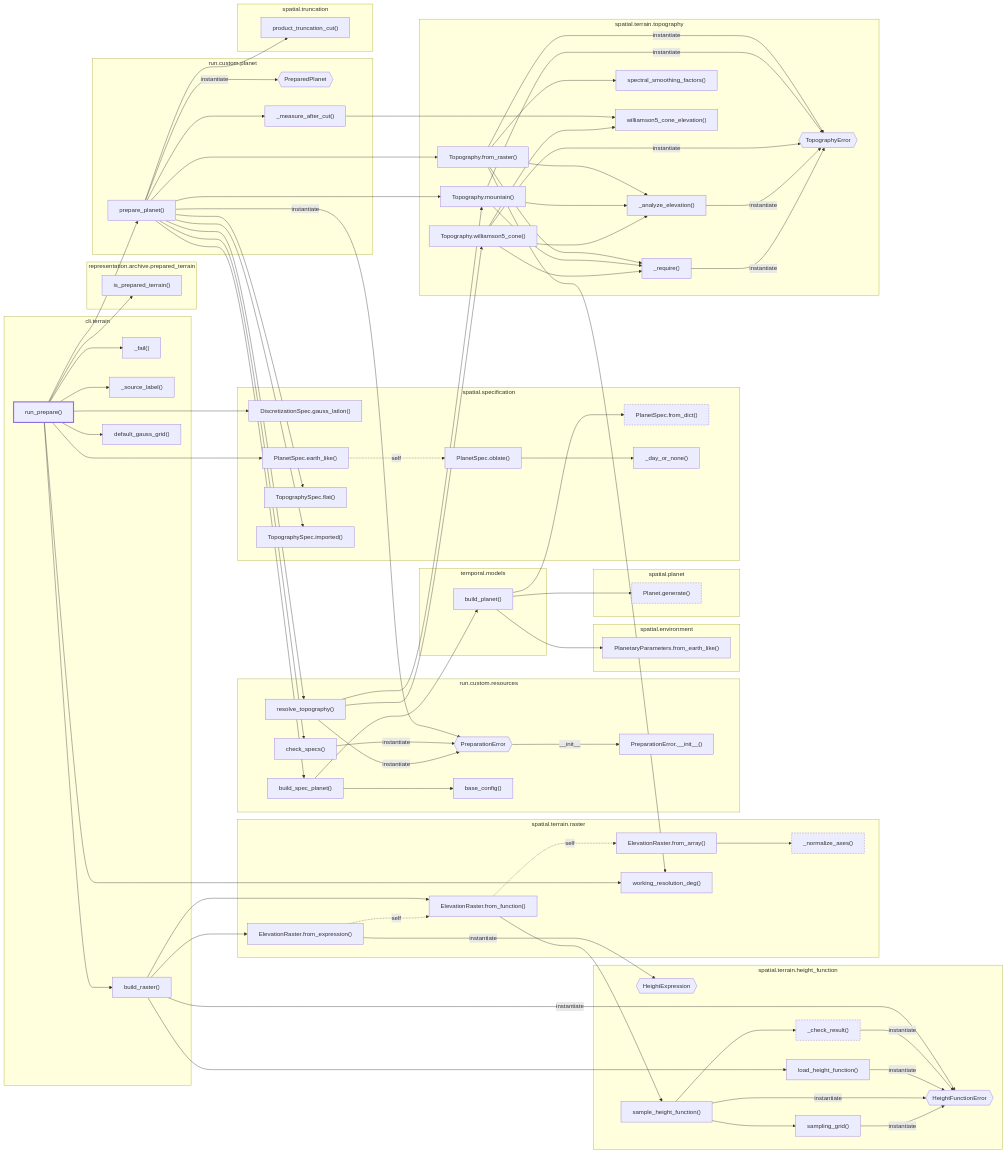
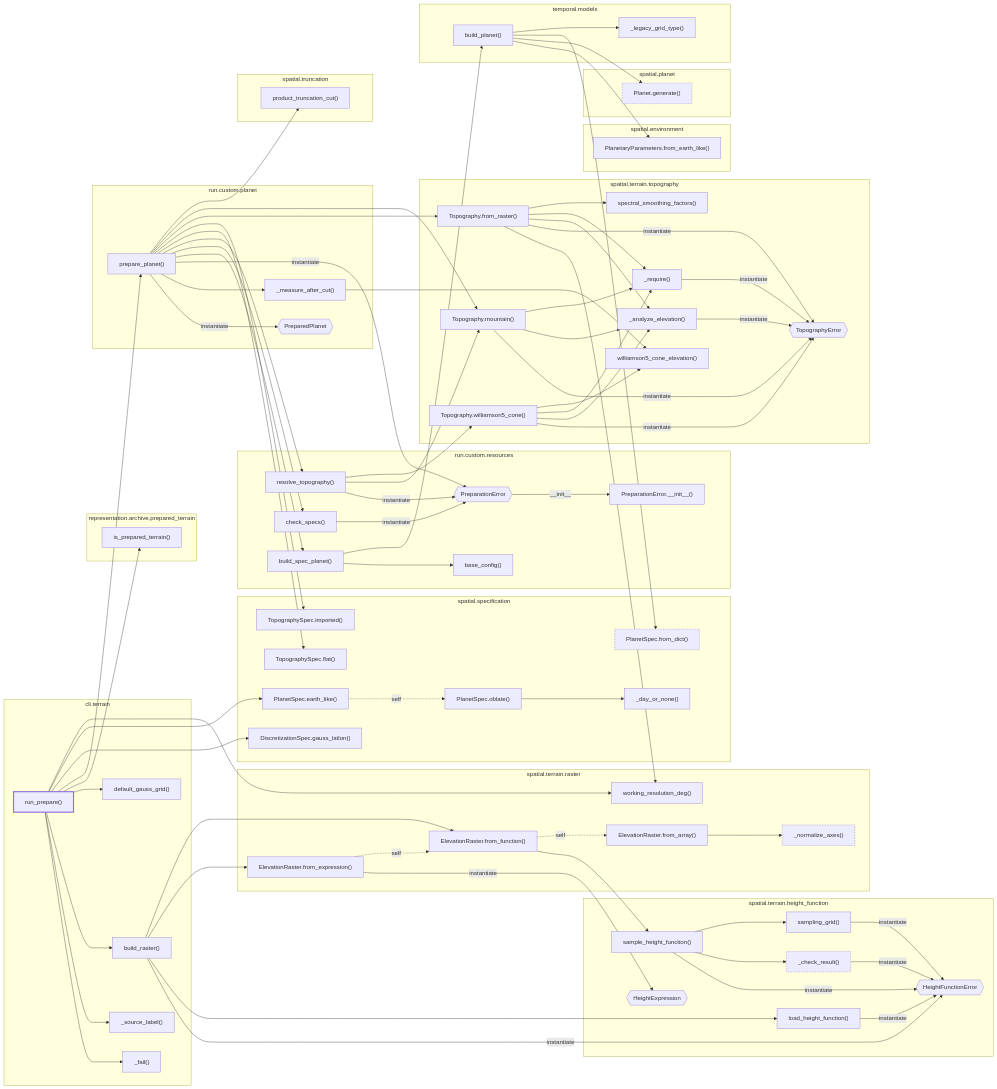
Before and after one commit to AlexandreEros/Palintropos: the diagram in docs/architecture/current/calls/cli-terrain-run-prepare.mmd, drawn with Mermaid. The commit also changed 19 other files, not shown here.

First line of the commit message:
docs(architecture): refresh the snapshot for the lat-lon default

```diff
--- a/docs/architecture/current/calls/cli-terrain-run-prepare.mmd
+++ b/docs/architecture/current/calls/cli-terrain-run-prepare.mmd
@@ -1,141 +1,143 @@
 %% Generated by tools.architecture 2.3.0. Do not edit by hand.
 %% Static call graph from tropoi.cli.terrain.run_prepare, depth <= 4. Solid: call/instantiate/__init__/super. Dashed: self-dispatch and possible overrides. Dashed border: node with further calls beyond the depth cut.
 flowchart LR
     subgraph g_tropoi_ocli_oterrain["cli.terrain"]
         n_tropoi_ocli_oterrain_o__fail["#95;fail()"]
         n_tropoi_ocli_oterrain_o__source__label["#95;source#95;label()"]
         n_tropoi_ocli_oterrain_obuild__raster["build#95;raster()"]
         n_tropoi_ocli_oterrain_odefault__gauss__grid["default#95;gauss#95;grid()"]
         n_tropoi_ocli_oterrain_orun__prepare["run#95;prepare()"]
     end
     subgraph g_tropoi_orepresentation_oarchive_oprepared__terrain["representation.archive.prepared#95;terrain"]
         n_tropoi_orepresentation_oarchive_oprepared__terrain_ois__prepared__terrain["is#95;prepared#95;terrain()"]
     end
     subgraph g_tropoi_orun_ocustom_oplanet["run.custom.planet"]
         n_tropoi_orun_ocustom_oplanet_oPreparedPlanet{{"PreparedPlanet"}}
         n_tropoi_orun_ocustom_oplanet_o__measure__after__cut["#95;measure#95;after#95;cut()"]
         n_tropoi_orun_ocustom_oplanet_oprepare__planet["prepare#95;planet()"]
     end
     subgraph g_tropoi_orun_ocustom_oresources["run.custom.resources"]
         n_tropoi_orun_ocustom_oresources_oPreparationError{{"PreparationError"}}
         n_tropoi_orun_ocustom_oresources_oPreparationError_o____init____["PreparationError.#95;#95;init#95;#95;()"]
         n_tropoi_orun_ocustom_oresources_obase__config["base#95;config()"]
         n_tropoi_orun_ocustom_oresources_obuild__spec__planet["build#95;spec#95;planet()"]
         n_tropoi_orun_ocustom_oresources_ocheck__specs["check#95;specs()"]
         n_tropoi_orun_ocustom_oresources_oresolve__topography["resolve#95;topography()"]
     end
     subgraph g_tropoi_ospatial_oenvironment["spatial.environment"]
         n_tropoi_ospatial_oenvironment_oPlanetaryParameters_ofrom__earth__like["PlanetaryParameters.from#95;earth#95;like()"]
     end
     subgraph g_tropoi_ospatial_oplanet["spatial.planet"]
         n_tropoi_ospatial_oplanet_oPlanet_ogenerate["Planet.generate()"]
     end
     subgraph g_tropoi_ospatial_ospecification["spatial.specification"]
         n_tropoi_ospatial_ospecification_oDiscretizationSpec_ogauss__latlon["DiscretizationSpec.gauss#95;latlon()"]
         n_tropoi_ospatial_ospecification_oPlanetSpec_oearth__like["PlanetSpec.earth#95;like()"]
         n_tropoi_ospatial_ospecification_oPlanetSpec_ofrom__dict["PlanetSpec.from#95;dict()"]
         n_tropoi_ospatial_ospecification_oPlanetSpec_ooblate["PlanetSpec.oblate()"]
         n_tropoi_ospatial_ospecification_oTopographySpec_oflat["TopographySpec.flat()"]
         n_tropoi_ospatial_ospecification_oTopographySpec_oimported["TopographySpec.imported()"]
         n_tropoi_ospatial_ospecification_o__day__or__none["#95;day#95;or#95;none()"]
     end
     subgraph g_tropoi_ospatial_oterrain_oheight__function["spatial.terrain.height#95;function"]
         n_tropoi_ospatial_oterrain_oheight__function_oHeightExpression{{"HeightExpression"}}
         n_tropoi_ospatial_oterrain_oheight__function_oHeightFunctionError{{"HeightFunctionError"}}
         n_tropoi_ospatial_oterrain_oheight__function_o__check__result["#95;check#95;result()"]
         n_tropoi_ospatial_oterrain_oheight__function_oload__height__function["load#95;height#95;function()"]
         n_tropoi_ospatial_oterrain_oheight__function_osample__height__function["sample#95;height#95;function()"]
         n_tropoi_ospatial_oterrain_oheight__function_osampling__grid["sampling#95;grid()"]
     end
     subgraph g_tropoi_ospatial_oterrain_oraster["spatial.terrain.raster"]
         n_tropoi_ospatial_oterrain_oraster_oElevationRaster_ofrom__array["ElevationRaster.from#95;array()"]
         n_tropoi_ospatial_oterrain_oraster_oElevationRaster_ofrom__expression["ElevationRaster.from#95;expression()"]
         n_tropoi_ospatial_oterrain_oraster_oElevationRaster_ofrom__function["ElevationRaster.from#95;function()"]
         n_tropoi_ospatial_oterrain_oraster_o__normalize__axes["#95;normalize#95;axes()"]
         n_tropoi_ospatial_oterrain_oraster_oworking__resolution__deg["working#95;resolution#95;deg()"]
     end
     subgraph g_tropoi_ospatial_oterrain_otopography["spatial.terrain.topography"]
         n_tropoi_ospatial_oterrain_otopography_oTopography_ofrom__raster["Topography.from#95;raster()"]
         n_tropoi_ospatial_oterrain_otopography_oTopography_omountain["Topography.mountain()"]
         n_tropoi_ospatial_oterrain_otopography_oTopography_owilliamson5__cone["Topography.williamson5#95;cone()"]
         n_tropoi_ospatial_oterrain_otopography_oTopographyError{{"TopographyError"}}
         n_tropoi_ospatial_oterrain_otopography_o__analyze__elevation["#95;analyze#95;elevation()"]
         n_tropoi_ospatial_oterrain_otopography_o__require["#95;require()"]
         n_tropoi_ospatial_oterrain_otopography_ospectral__smoothing__factors["spectral#95;smoothing#95;factors()"]
         n_tropoi_ospatial_oterrain_otopography_owilliamson5__cone__elevation["williamson5#95;cone#95;elevation()"]
     end
     subgraph g_tropoi_ospatial_otruncation["spatial.truncation"]
         n_tropoi_ospatial_otruncation_oproduct__truncation__cut["product#95;truncation#95;cut()"]
     end
     subgraph g_tropoi_otemporal_omodels["temporal.models"]
+        n_tropoi_otemporal_omodels_o__legacy__grid__type["#95;legacy#95;grid#95;type()"]
         n_tropoi_otemporal_omodels_obuild__planet["build#95;planet()"]
     end
     n_tropoi_ocli_oterrain_obuild__raster -->|instantiate| n_tropoi_ospatial_oterrain_oheight__function_oHeightFunctionError
     n_tropoi_ocli_oterrain_obuild__raster --> n_tropoi_ospatial_oterrain_oheight__function_oload__height__function
     n_tropoi_ocli_oterrain_obuild__raster --> n_tropoi_ospatial_oterrain_oraster_oElevationRaster_ofrom__expression
     n_tropoi_ocli_oterrain_obuild__raster --> n_tropoi_ospatial_oterrain_oraster_oElevationRaster_ofrom__function
     n_tropoi_ocli_oterrain_orun__prepare --> n_tropoi_ocli_oterrain_o__fail
     n_tropoi_ocli_oterrain_orun__prepare --> n_tropoi_ocli_oterrain_o__source__label
     n_tropoi_ocli_oterrain_orun__prepare --> n_tropoi_ocli_oterrain_obuild__raster
     n_tropoi_ocli_oterrain_orun__prepare --> n_tropoi_ocli_oterrain_odefault__gauss__grid
     n_tropoi_ocli_oterrain_orun__prepare --> n_tropoi_orepresentation_oarchive_oprepared__terrain_ois__prepared__terrain
     n_tropoi_ocli_oterrain_orun__prepare --> n_tropoi_orun_ocustom_oplanet_oprepare__planet
     n_tropoi_ocli_oterrain_orun__prepare --> n_tropoi_ospatial_ospecification_oDiscretizationSpec_ogauss__latlon
     n_tropoi_ocli_oterrain_orun__prepare --> n_tropoi_ospatial_ospecification_oPlanetSpec_oearth__like
     n_tropoi_ocli_oterrain_orun__prepare --> n_tropoi_ospatial_oterrain_oraster_oworking__resolution__deg
     n_tropoi_orun_ocustom_oplanet_o__measure__after__cut --> n_tropoi_ospatial_oterrain_otopography_owilliamson5__cone__elevation
     n_tropoi_orun_ocustom_oplanet_oprepare__planet -->|instantiate| n_tropoi_orun_ocustom_oplanet_oPreparedPlanet
     n_tropoi_orun_ocustom_oplanet_oprepare__planet --> n_tropoi_orun_ocustom_oplanet_o__measure__after__cut
     n_tropoi_orun_ocustom_oplanet_oprepare__planet -->|instantiate| n_tropoi_orun_ocustom_oresources_oPreparationError
     n_tropoi_orun_ocustom_oplanet_oprepare__planet --> n_tropoi_orun_ocustom_oresources_obuild__spec__planet
     n_tropoi_orun_ocustom_oplanet_oprepare__planet --> n_tropoi_orun_ocustom_oresources_ocheck__specs
     n_tropoi_orun_ocustom_oplanet_oprepare__planet --> n_tropoi_orun_ocustom_oresources_oresolve__topography
     n_tropoi_orun_ocustom_oplanet_oprepare__planet --> n_tropoi_ospatial_ospecification_oTopographySpec_oflat
     n_tropoi_orun_ocustom_oplanet_oprepare__planet --> n_tropoi_ospatial_ospecification_oTopographySpec_oimported
     n_tropoi_orun_ocustom_oplanet_oprepare__planet --> n_tropoi_ospatial_oterrain_otopography_oTopography_ofrom__raster
     n_tropoi_orun_ocustom_oplanet_oprepare__planet --> n_tropoi_ospatial_oterrain_otopography_oTopography_omountain
     n_tropoi_orun_ocustom_oplanet_oprepare__planet --> n_tropoi_ospatial_otruncation_oproduct__truncation__cut
     n_tropoi_orun_ocustom_oresources_oPreparationError -->|#95;#95;init#95;#95;| n_tropoi_orun_ocustom_oresources_oPreparationError_o____init____
     n_tropoi_orun_ocustom_oresources_obuild__spec__planet --> n_tropoi_orun_ocustom_oresources_obase__config
     n_tropoi_orun_ocustom_oresources_obuild__spec__planet --> n_tropoi_otemporal_omodels_obuild__planet
     n_tropoi_orun_ocustom_oresources_ocheck__specs -->|instantiate| n_tropoi_orun_ocustom_oresources_oPreparationError
     n_tropoi_orun_ocustom_oresources_oresolve__topography -->|instantiate| n_tropoi_orun_ocustom_oresources_oPreparationError
     n_tropoi_orun_ocustom_oresources_oresolve__topography --> n_tropoi_ospatial_oterrain_otopography_oTopography_omountain
     n_tropoi_orun_ocustom_oresources_oresolve__topography --> n_tropoi_ospatial_oterrain_otopography_oTopography_owilliamson5__cone
     n_tropoi_ospatial_ospecification_oPlanetSpec_oearth__like -.->|self| n_tropoi_ospatial_ospecification_oPlanetSpec_ooblate
     n_tropoi_ospatial_ospecification_oPlanetSpec_ooblate --> n_tropoi_ospatial_ospecification_o__day__or__none
     n_tropoi_ospatial_oterrain_oheight__function_o__check__result -->|instantiate| n_tropoi_ospatial_oterrain_oheight__function_oHeightFunctionError
     n_tropoi_ospatial_oterrain_oheight__function_oload__height__function -->|instantiate| n_tropoi_ospatial_oterrain_oheight__function_oHeightFunctionError
     n_tropoi_ospatial_oterrain_oheight__function_osample__height__function -->|instantiate| n_tropoi_ospatial_oterrain_oheight__function_oHeightFunctionError
     n_tropoi_ospatial_oterrain_oheight__function_osample__height__function --> n_tropoi_ospatial_oterrain_oheight__function_o__check__result
     n_tropoi_ospatial_oterrain_oheight__function_osample__height__function --> n_tropoi_ospatial_oterrain_oheight__function_osampling__grid
     n_tropoi_ospatial_oterrain_oheight__function_osampling__grid -->|instantiate| n_tropoi_ospatial_oterrain_oheight__function_oHeightFunctionError
     n_tropoi_ospatial_oterrain_oraster_oElevationRaster_ofrom__array --> n_tropoi_ospatial_oterrain_oraster_o__normalize__axes
     n_tropoi_ospatial_oterrain_oraster_oElevationRaster_ofrom__expression -->|instantiate| n_tropoi_ospatial_oterrain_oheight__function_oHeightExpression
     n_tropoi_ospatial_oterrain_oraster_oElevationRaster_ofrom__expression -.->|self| n_tropoi_ospatial_oterrain_oraster_oElevationRaster_ofrom__function
     n_tropoi_ospatial_oterrain_oraster_oElevationRaster_ofrom__function --> n_tropoi_ospatial_oterrain_oheight__function_osample__height__function
     n_tropoi_ospatial_oterrain_oraster_oElevationRaster_ofrom__function -.->|self| n_tropoi_ospatial_oterrain_oraster_oElevationRaster_ofrom__array
     n_tropoi_ospatial_oterrain_otopography_oTopography_ofrom__raster --> n_tropoi_ospatial_oterrain_oraster_oworking__resolution__deg
     n_tropoi_ospatial_oterrain_otopography_oTopography_ofrom__raster -->|instantiate| n_tropoi_ospatial_oterrain_otopography_oTopographyError
     n_tropoi_ospatial_oterrain_otopography_oTopography_ofrom__raster --> n_tropoi_ospatial_oterrain_otopography_o__analyze__elevation
     n_tropoi_ospatial_oterrain_otopography_oTopography_ofrom__raster --> n_tropoi_ospatial_oterrain_otopography_o__require
     n_tropoi_ospatial_oterrain_otopography_oTopography_ofrom__raster --> n_tropoi_ospatial_oterrain_otopography_ospectral__smoothing__factors
     n_tropoi_ospatial_oterrain_otopography_oTopography_omountain -->|instantiate| n_tropoi_ospatial_oterrain_otopography_oTopographyError
     n_tropoi_ospatial_oterrain_otopography_oTopography_omountain --> n_tropoi_ospatial_oterrain_otopography_o__analyze__elevation
     n_tropoi_ospatial_oterrain_otopography_oTopography_omountain --> n_tropoi_ospatial_oterrain_otopography_o__require
     n_tropoi_ospatial_oterrain_otopography_oTopography_owilliamson5__cone -->|instantiate| n_tropoi_ospatial_oterrain_otopography_oTopographyError
     n_tropoi_ospatial_oterrain_otopography_oTopography_owilliamson5__cone --> n_tropoi_ospatial_oterrain_otopography_o__analyze__elevation
     n_tropoi_ospatial_oterrain_otopography_oTopography_owilliamson5__cone --> n_tropoi_ospatial_oterrain_otopography_o__require
     n_tropoi_ospatial_oterrain_otopography_oTopography_owilliamson5__cone --> n_tropoi_ospatial_oterrain_otopography_owilliamson5__cone__elevation
     n_tropoi_ospatial_oterrain_otopography_o__analyze__elevation -->|instantiate| n_tropoi_ospatial_oterrain_otopography_oTopographyError
     n_tropoi_ospatial_oterrain_otopography_o__require -->|instantiate| n_tropoi_ospatial_oterrain_otopography_oTopographyError
     n_tropoi_otemporal_omodels_obuild__planet --> n_tropoi_ospatial_oenvironment_oPlanetaryParameters_ofrom__earth__like
     n_tropoi_otemporal_omodels_obuild__planet --> n_tropoi_ospatial_oplanet_oPlanet_ogenerate
     n_tropoi_otemporal_omodels_obuild__planet --> n_tropoi_ospatial_ospecification_oPlanetSpec_ofrom__dict
+    n_tropoi_otemporal_omodels_obuild__planet --> n_tropoi_otemporal_omodels_o__legacy__grid__type
     classDef root stroke-width:3px
     classDef truncated stroke-dasharray:4 3
     class n_tropoi_ocli_oterrain_orun__prepare root
     class n_tropoi_ospatial_oplanet_oPlanet_ogenerate truncated
     class n_tropoi_ospatial_ospecification_oPlanetSpec_ofrom__dict truncated
     class n_tropoi_ospatial_oterrain_oheight__function_o__check__result truncated
     class n_tropoi_ospatial_oterrain_oraster_o__normalize__axes truncated
```
